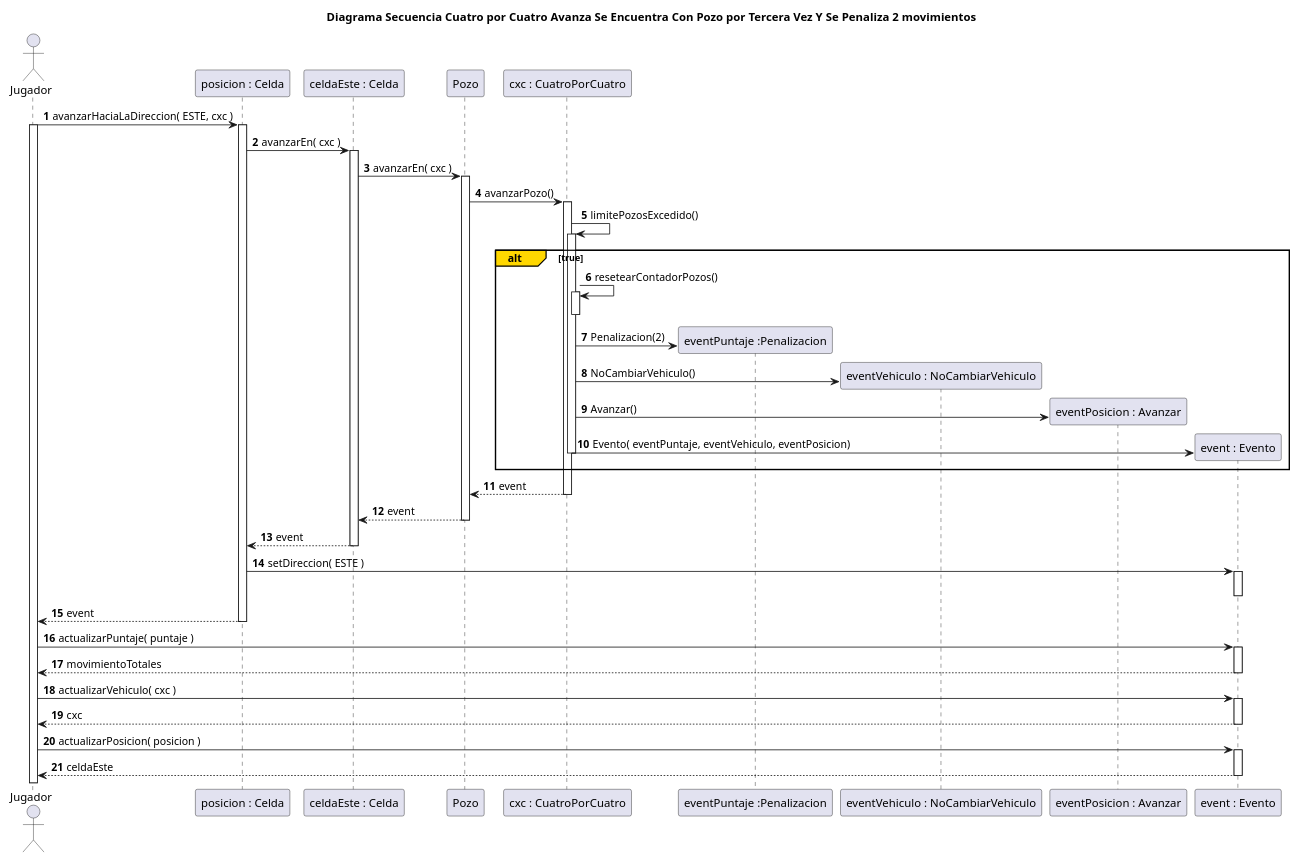
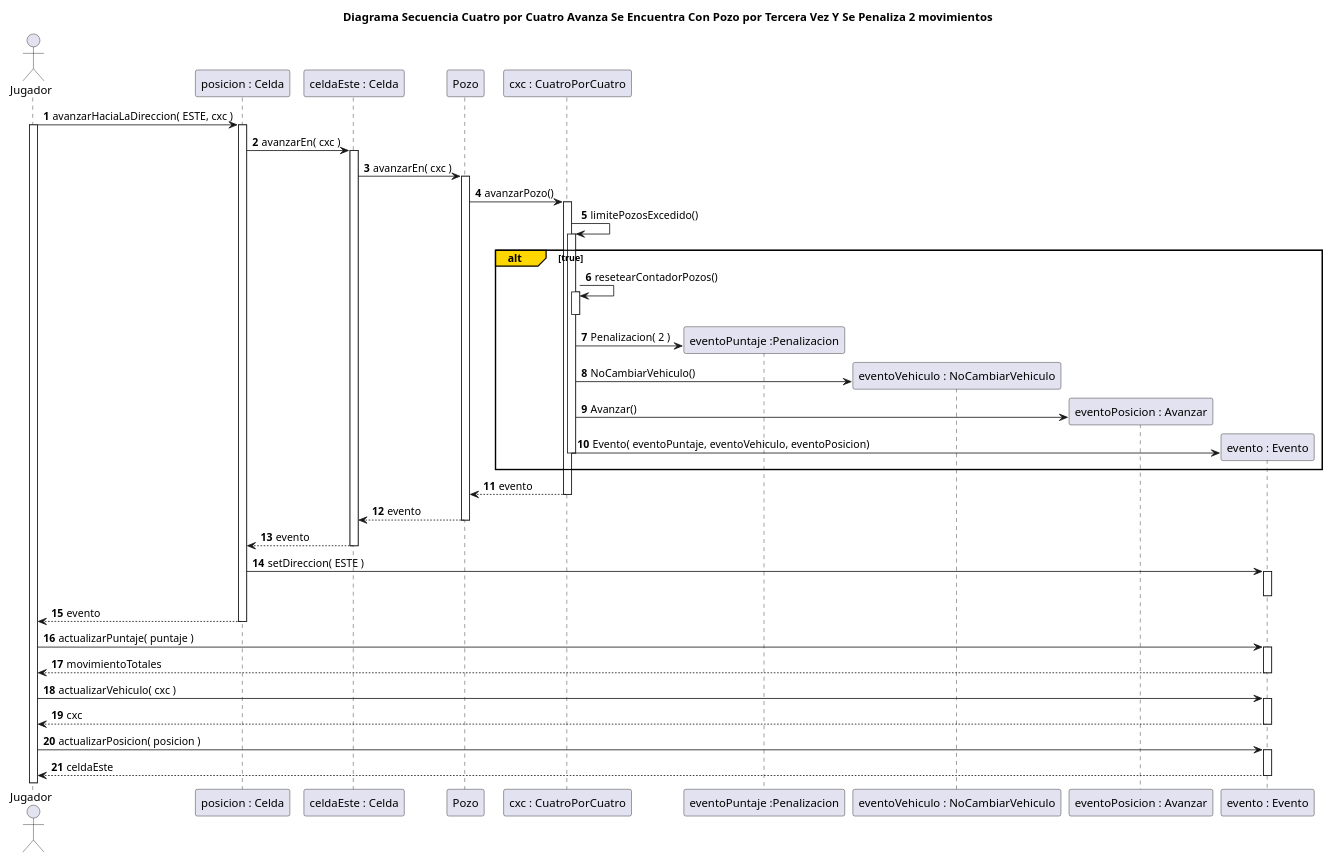
The diagram in diagrams/sequences/entrega1/actualizados/DiagramaSecuenciaCasoConPozo3VecesEnCuatroPorCuatro.puml (rodrigovzq/algo3_tp2), drawn with PlantUML before and after one commit. The commit also changed 7 other files, not shown here.

Commit message:
Corrección de diagramas

```diff
--- a/diagrams/sequences/entrega1/actualizados/DiagramaSecuenciaCasoConPozo3VecesEnCuatroPorCuatro.puml
+++ b/diagrams/sequences/entrega1/actualizados/DiagramaSecuenciaCasoConPozo3VecesEnCuatroPorCuatro.puml
@@ -1,60 +1,60 @@
 @startuml
 title Diagrama Secuencia Cuatro por Cuatro Avanza Se Encuentra Con Pozo por Tercera Vez Y Se Penaliza 2 movimientos
 
 
 autonumber
 
 actor Jugador
 
 Jugador -> "posicion : Celda"++: avanzarHaciaLaDireccion( ESTE, cxc )
 
 activate Jugador
 "posicion : Celda" -> "celdaEste : Celda"++: avanzarEn( cxc )
 
 
 "celdaEste : Celda" -> Pozo++: avanzarEn( cxc )
 Pozo -> "cxc : CuatroPorCuatro"++: avanzarPozo()
 
 "cxc : CuatroPorCuatro" -> "cxc : CuatroPorCuatro"++: limitePozosExcedido()
 
 alt#Gold   true
     "cxc : CuatroPorCuatro" ->"cxc : CuatroPorCuatro"++: resetearContadorPozos()
     deactivate "cxc : CuatroPorCuatro"
-    create "eventPuntaje :Penalizacion"
-    "cxc : CuatroPorCuatro"-> "eventPuntaje :Penalizacion": Penalizacion(2)
+    create "eventoPuntaje :Penalizacion"
+    "cxc : CuatroPorCuatro"-> "eventoPuntaje :Penalizacion": Penalizacion( 2 )
 
-    create "eventVehiculo : NoCambiarVehiculo"
-    "cxc : CuatroPorCuatro"-> "eventVehiculo : NoCambiarVehiculo": NoCambiarVehiculo()
+    create "eventoVehiculo : NoCambiarVehiculo"
+    "cxc : CuatroPorCuatro"-> "eventoVehiculo : NoCambiarVehiculo": NoCambiarVehiculo()
 
-    create "eventPosicion : Avanzar"
-    "cxc : CuatroPorCuatro"-> "eventPosicion : Avanzar": Avanzar()
+    create "eventoPosicion : Avanzar"
+    "cxc : CuatroPorCuatro"-> "eventoPosicion : Avanzar": Avanzar()
 
-    create "event : Evento"
-    "cxc : CuatroPorCuatro"  -> "event : Evento": Evento( eventPuntaje, eventVehiculo, eventPosicion)
+    create "evento : Evento"
+    "cxc : CuatroPorCuatro"  -> "evento : Evento": Evento( eventoPuntaje, eventoVehiculo, eventoPosicion)
 
     deactivate "cxc : CuatroPorCuatro"
 
 end
-    "cxc : CuatroPorCuatro" --> Pozo--: event
+    "cxc : CuatroPorCuatro" --> Pozo--: evento
 
-Pozo --> "celdaEste : Celda": event
+Pozo --> "celdaEste : Celda": evento
 deactivate Pozo
 
 
-"celdaEste : Celda" --> "posicion : Celda": event
+"celdaEste : Celda" --> "posicion : Celda": evento
 deactivate "celdaEste : Celda"
 
-"posicion : Celda" -> "event : Evento"++: setDireccion( ESTE )
-deactivate "event : Evento"
-"posicion : Celda" --> Jugador--: event
+"posicion : Celda" -> "evento : Evento"++: setDireccion( ESTE )
+deactivate "evento : Evento"
+"posicion : Celda" --> Jugador--: evento
 
 
-Jugador -> "event : Evento"++: actualizarPuntaje( puntaje )
-Jugador <-- "event : Evento"--: movimientoTotales
+Jugador -> "evento : Evento"++: actualizarPuntaje( puntaje )
+Jugador <-- "evento : Evento"--: movimientoTotales
 
-Jugador -> "event : Evento"++: actualizarVehiculo( cxc )
-Jugador <-- "event : Evento"--: cxc
+Jugador -> "evento : Evento"++: actualizarVehiculo( cxc )
+Jugador <-- "evento : Evento"--: cxc
 
-Jugador -> "event : Evento"++: actualizarPosicion( posicion )
-Jugador <-- "event : Evento"--: celdaEste
+Jugador -> "evento : Evento"++: actualizarPosicion( posicion )
+Jugador <-- "evento : Evento"--: celdaEste
 @enduml
```
